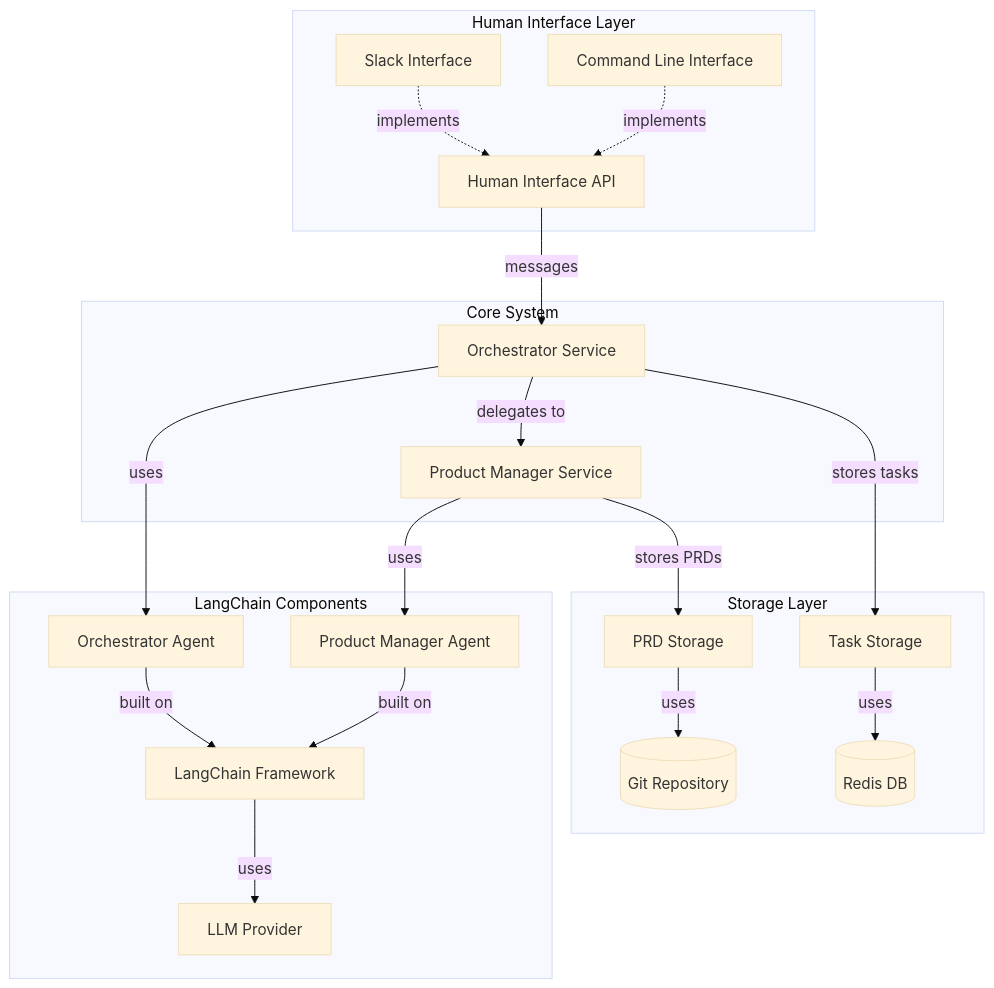
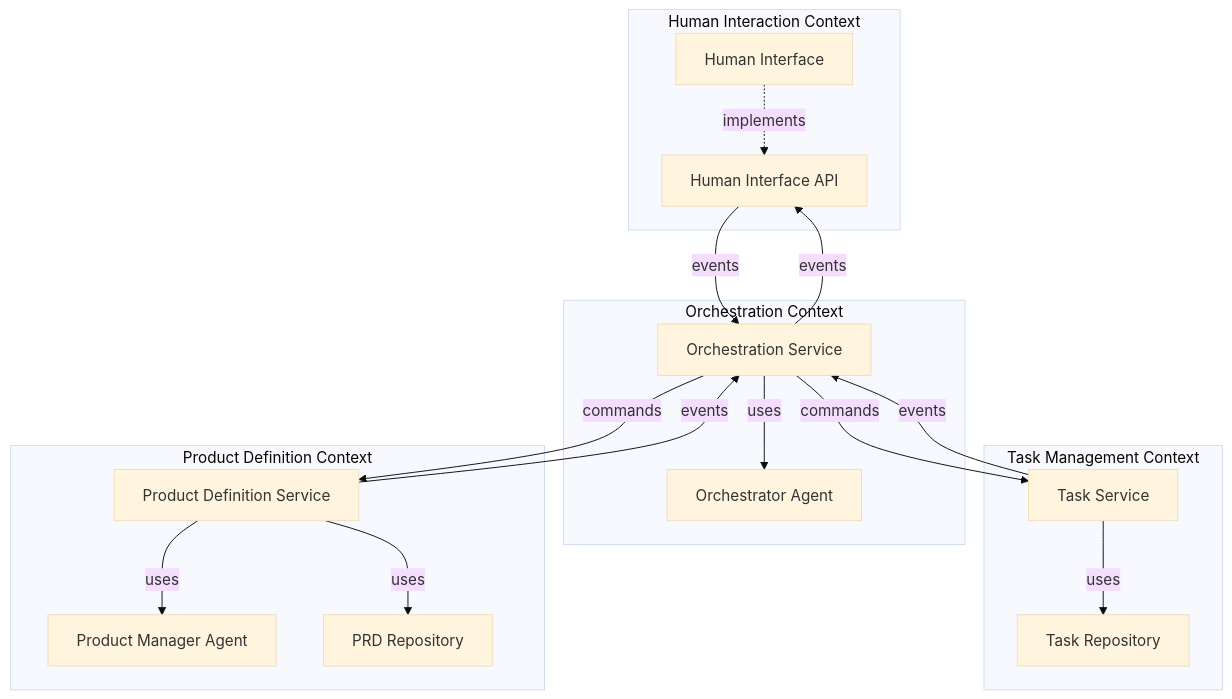
One commit to kgatilin/aihive changed the second of 4 diagrams in docs/roadmap/phase1_technical_spec.md. Above: the diagram before and after it, drawn with Mermaid (base theme). The commit also changed other lines of this file and 3 other files, not shown here.

Commit message:
Refactor roadmap documentation to follow DDD principles and remove implementation details

````diff
--- a/docs/roadmap/phase1_technical_spec.md
+++ b/docs/roadmap/phase1_technical_spec.md
@@ -11,41 +146,35 @@
 ```mermaid
 graph TD
-    subgraph "Human Interface Layer"
-        SI[Slack Interface]
-        CL[Command Line Interface]
-        SI -.->|implements| HIA[Human Interface API]
-        CL -.->|implements| HIA
+    subgraph "Human Interaction Context"
+        HI[Human Interface]
+        HIA[Human Interface API]
+        HI -.->|implements| HIA
     end
     
-    subgraph "Core System"
-        ORC[Orchestrator Service]
-        PMA[Product Manager Service]
+    subgraph "Orchestration Context"
+        ORC[Orchestration Service]
+        OA[Orchestrator Agent]
+        ORC -->|uses| OA
     end
     
-    subgraph "Storage Layer"
-        TS[Task Storage]
-        PRDS[PRD Storage]
-        RDB[(Redis DB)]
-        GIT[(Git Repository)]
-        TS -->|uses| RDB
-        PRDS -->|uses| GIT
+    subgraph "Task Management Context"
+        TS[Task Service]
+        TSR[Task Repository]
+        TS -->|uses| TSR
     end
     
-    subgraph "LangChain Components"
-        LC[LangChain Framework]
-        LLM[LLM Provider]
-        PM[Product Manager Agent]
-        ORCH[Orchestrator Agent]
-        
-        LC -->|uses| LLM
-        PM -->|built on| LC
-        ORCH -->|built on| LC
+    subgraph "Product Definition Context"
+        PS[Product Definition Service]
+        PMA[Product Manager Agent]
+        PSR[PRD Repository]
+        PS -->|uses| PMA
+        PS -->|uses| PSR
     end
     
-    HIA -->|messages| ORC
-    ORC -->|uses| ORCH
-    ORC -->|delegates to| PMA
-    PMA -->|uses| PM
-    ORC -->|stores tasks| TS
-    PMA -->|stores PRDs| PRDS
+    HIA -->|events| ORC
+    ORC -->|commands| TS
+    ORC -->|commands| PS
+    TS -->|events| ORC
+    PS -->|events| ORC
+    ORC -->|events| HIA
 ```
````
